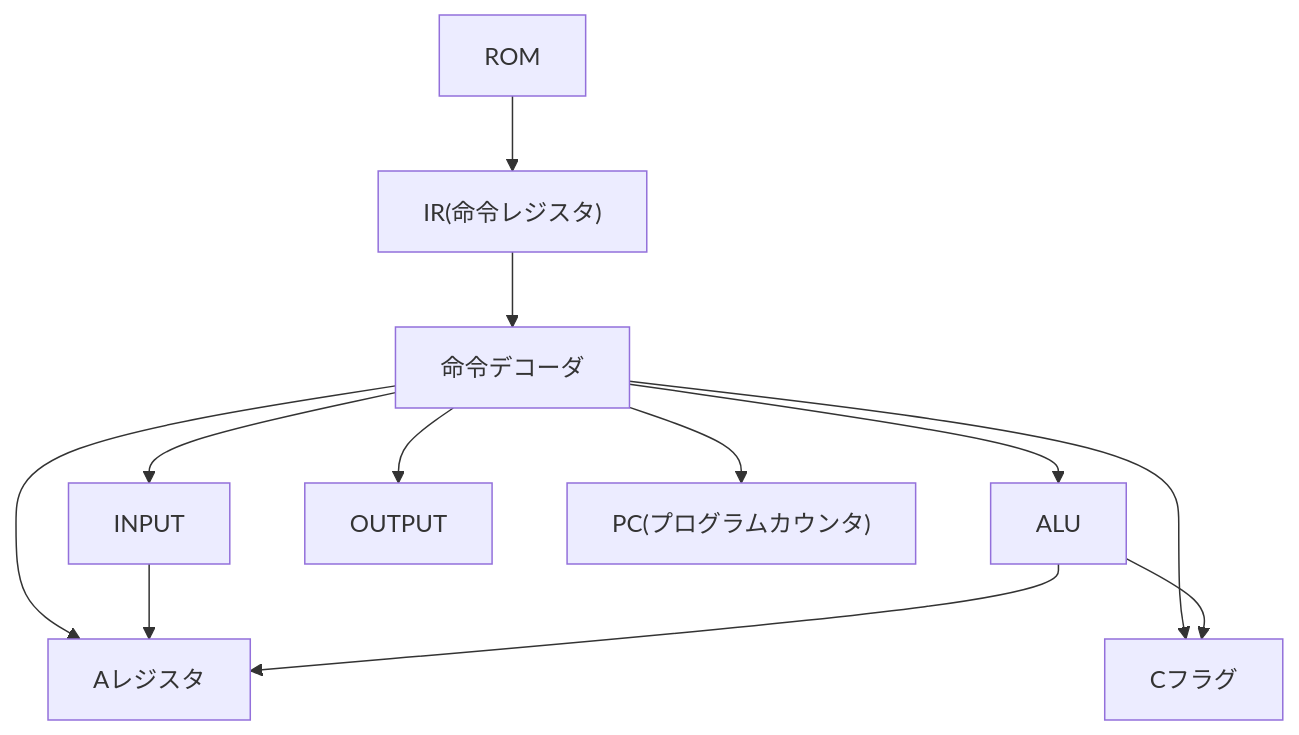
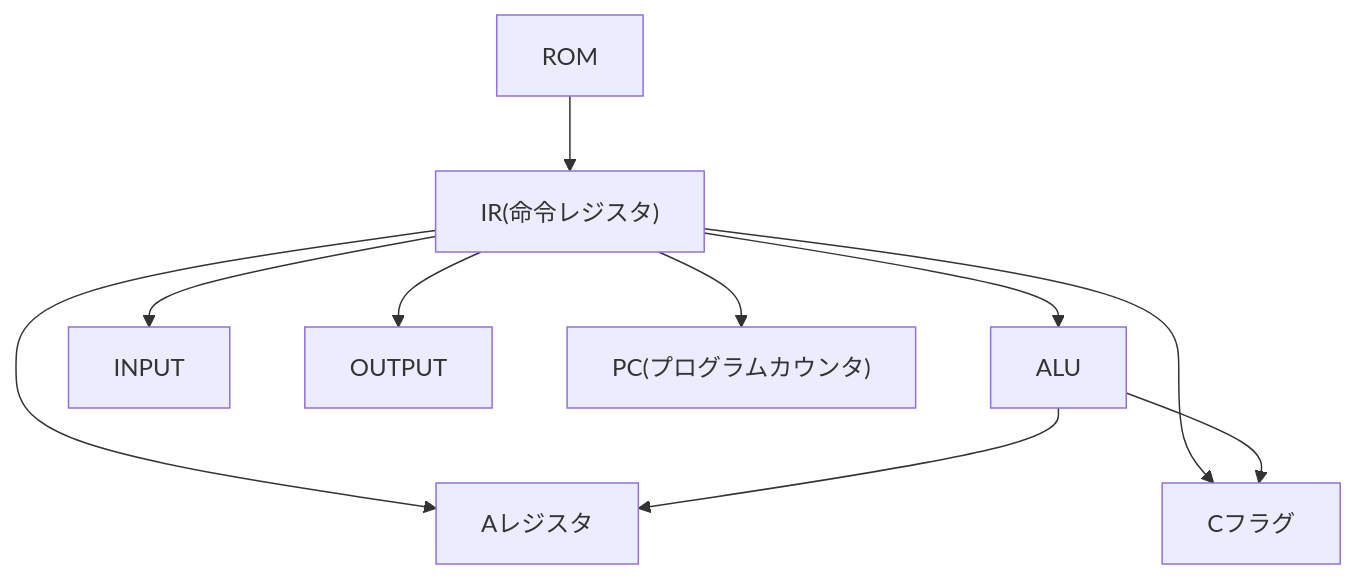
One commit to stonedev-app/2bit-cpu-emu changed the diagram in docs/2bitCPU_Block_Structure.md. Above: the diagram before and after it, drawn with Mermaid.

Commit message:
docs: 命令デコーダーブロックを削除など

````diff
--- a/docs/2bitCPU_Block_Structure.md
+++ b/docs/2bitCPU_Block_Structure.md
@@ -3,32 +3,29 @@
 ```mermaid
 graph TD
 
     %% ブロック定義
     ROM["ROM"]
     IR["IR(命令レジスタ)"]
-    DEC["命令デコーダ"]
     ALU["ALU"]
     A["Aレジスタ"]
     C["Cフラグ"]
     INPUT["INPUT"]
     OUTPUT["OUTPUT"]
     PC["PC(プログラムカウンタ)"]
 
-    %% ROMから命令デコーダー
+    %% ROMからIR
     ROM --> IR
-    IR --> DEC
 
-    %% 命令デコーダー関係性
-    DEC --> PC
-    DEC --> A
-    DEC --> C
-    DEC --> ALU
-    DEC --> INPUT
-    DEC --> OUTPUT
+    %% IRから各ブロックへの制御
+    IR --> PC
+    IR --> A
+    IR --> C
+    IR --> ALU
+    IR --> INPUT
+    IR --> OUTPUT
 
-    %% Aレジスタ、ALUの補足関係性
-    INPUT --> A
+    %% ALUの関係性補足
     ALU --> A
     ALU --> C
 
 ```
````
